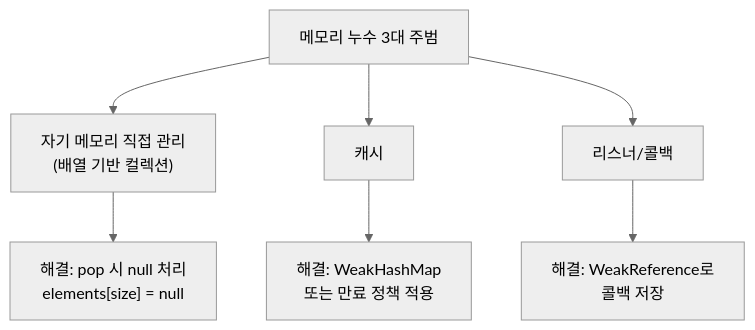
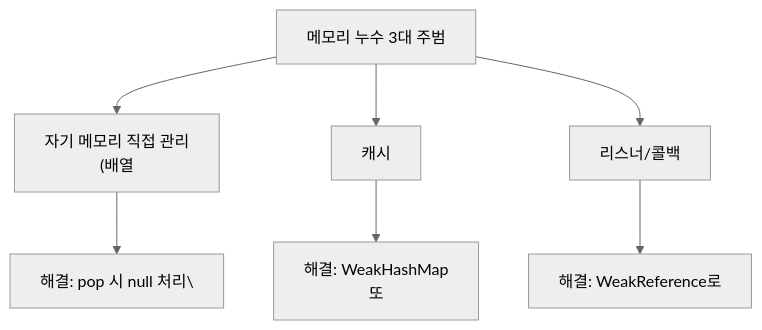
The fourth of 4 diagrams in _posts/java/2021-12-20-effective-java7.md (yjkim2015/yjkim2015.github.io), drawn with Mermaid (neutral theme) before and after one commit. The commit also changed other lines of this file and 271 other files, not shown here.

First line of the commit message:
Mermaid 라벨 축소: 긴 노드 텍스트 18자 이하로 트림 + \n 제거

````diff
--- a/_posts/java/2021-12-20-effective-java7.md
+++ b/_posts/java/2021-12-20-effective-java7.md
@@ -233,9 +233,9 @@
 ```mermaid
 graph TD
-    A["메모리 누수 3대 주범"] --> B["자기 메모리 직접 관리\n(배열 기반 컬렉션)"]
+    A["메모리 누수 3대 주범"] --> B["자기 메모리 직접 관리\n(배열"]
     A --> C["캐시"]
     A --> D["리스너/콜백"]
-    B --> B1["해결: pop 시 null 처리\nelements[size] = null"]
-    C --> C1["해결: WeakHashMap\n또는 만료 정책 적용"]
-    D --> D1["해결: WeakReference로\n콜백 저장"]
+    B --> B1["해결: pop 시 null 처리\"]
+    C --> C1["해결: WeakHashMap\n또"]
+    D --> D1["해결: WeakReference로"]
 ```
````
